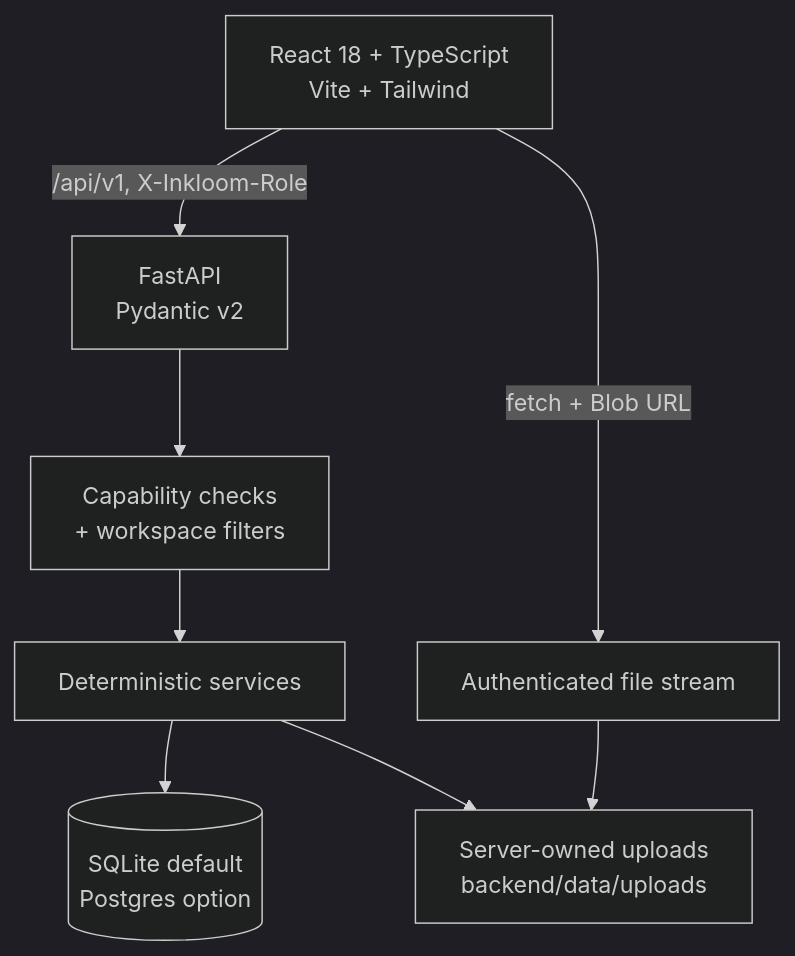
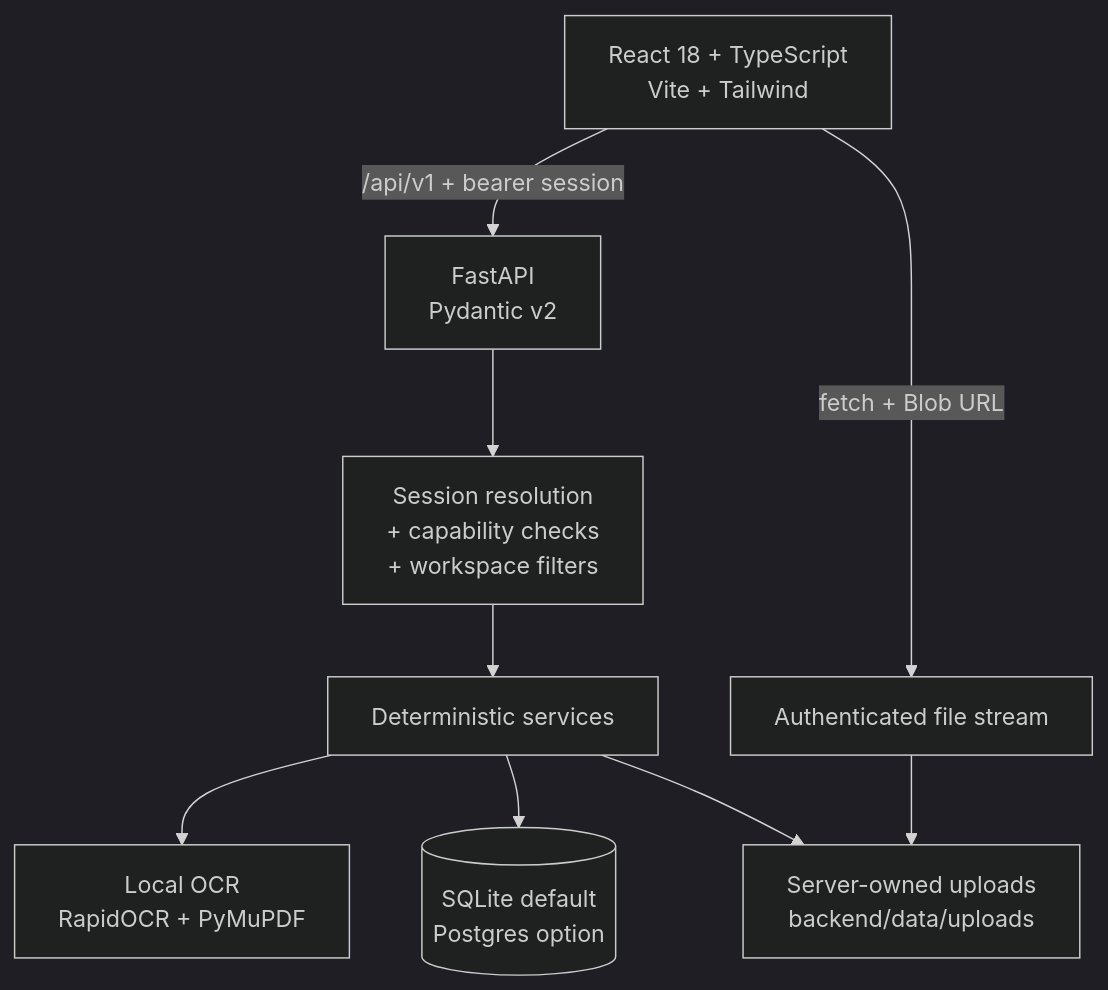
The diagram in docs/ARCHITECTURE.md (hvavinash30/inkloom-ai), drawn with Mermaid (dark theme) before and after one commit. The commit also changed other lines of this file and 52 other files, not shown here.

````diff
--- a/docs/ARCHITECTURE.md
+++ b/docs/ARCHITECTURE.md
@@ -15,10 +15,11 @@
 ```mermaid
 flowchart TD
-    UI["React 18 + TypeScript<br/>Vite + Tailwind"] -->|"/api/v1, X-Inkloom-Role"| API["FastAPI<br/>Pydantic v2"]
-    API --> CAP["Capability checks<br/>+ workspace filters"]
-    CAP --> SVC["Deterministic services"]
+    UI["React 18 + TypeScript<br/>Vite + Tailwind"] -->|"/api/v1 + bearer session"| API["FastAPI<br/>Pydantic v2"]
+    API --> AUTH["Session resolution<br/>+ capability checks<br/>+ workspace filters"]
+    AUTH --> SVC["Deterministic services"]
+    SVC --> OCR["Local OCR<br/>RapidOCR + PyMuPDF"]
     SVC --> DB[(SQLite default<br/>Postgres option)]
     SVC --> FS["Server-owned uploads<br/>backend/data/uploads"]
     UI -->|"fetch + Blob URL"| FILE["Authenticated file stream"]
     FILE --> FS
 ```
````
